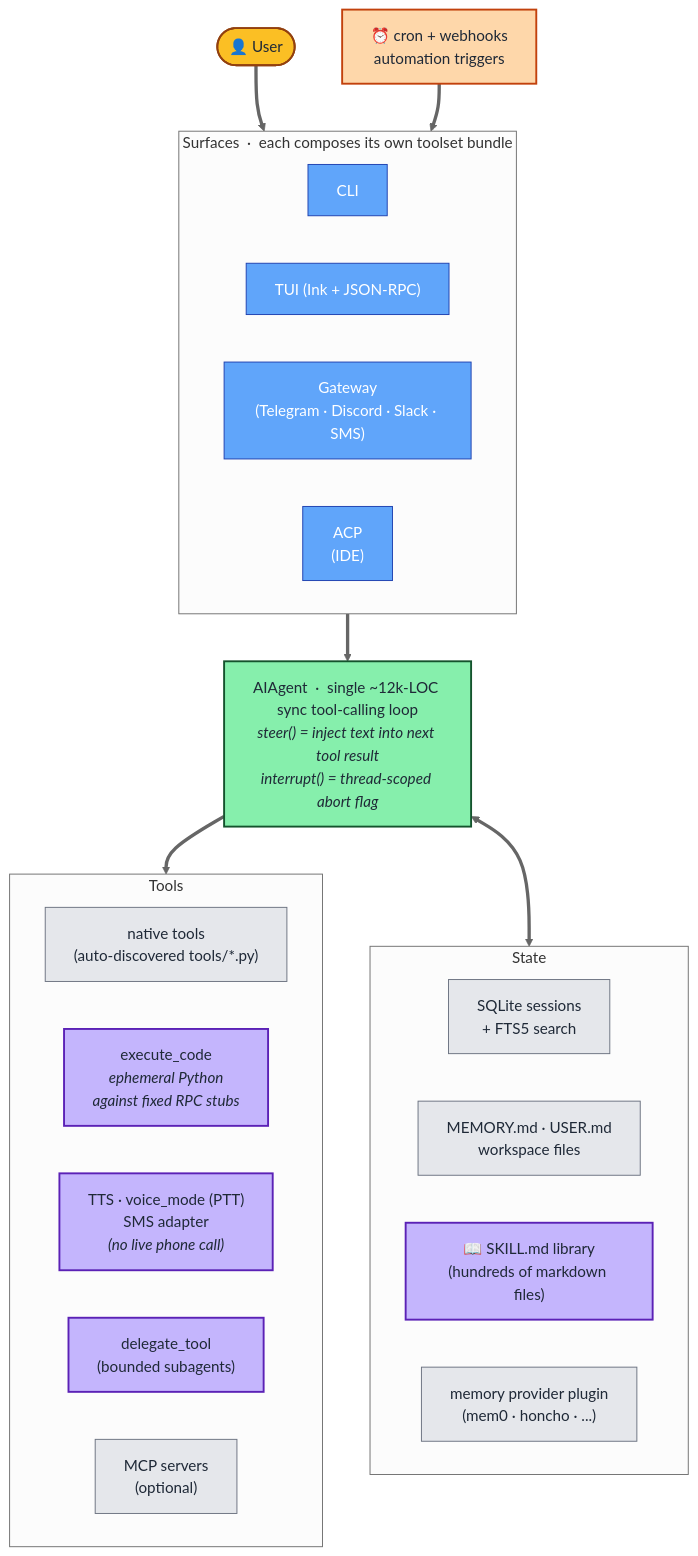
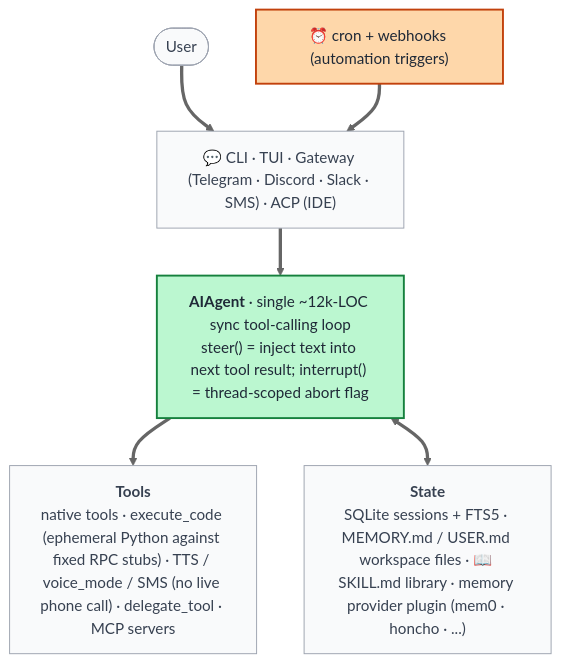
Before and after one commit to unifyai/unity: the fourth of 4 diagrams in README.md, drawn with Mermaid (neutral theme). The commit also changed other lines of this file, not shown here.

First line of the commit message:
docs(readme): compact + restyle architecture diagrams

````diff
--- a/README.md
+++ b/README.md
@@ -342,45 +278,19 @@
 ```mermaid
 flowchart TB
-    classDef userNode fill:#fbbf24,stroke:#92400e,stroke-width:2px,color:#1f2937
-    classDef mediumNode fill:#60a5fa,stroke:#1e40af,stroke-width:1px,color:#fff
-    classDef agentNode fill:#86efac,stroke:#14532d,stroke-width:2px,color:#1f2937
-    classDef pluginNode fill:#c4b5fd,stroke:#5b21b6,stroke-width:2px,color:#1f2937
-    classDef stateNode fill:#e5e7eb,stroke:#6b7280,stroke-width:1px,color:#1f2937
-    classDef triggerNode fill:#fed7aa,stroke:#c2410c,stroke-width:2px,color:#1f2937
+    classDef agent fill:#bbf7d0,stroke:#15803d,stroke-width:2px,color:#1f2937
+    classDef neutral fill:#f9fafb,stroke:#9ca3af,stroke-width:1px,color:#374151
+    classDef trigger fill:#fed7aa,stroke:#c2410c,stroke-width:2px,color:#1f2937
 
-    User(["👤 User"]):::userNode
-    Cron["⏰ cron + webhooks<br/>automation triggers"]:::triggerNode
-
-    subgraph Surfaces["Surfaces &nbsp;·&nbsp; each composes its own toolset bundle"]
-        direction LR
-        CLI["CLI"]:::mediumNode
-        TUI["TUI (Ink + JSON-RPC)"]:::mediumNode
-        Gw["Gateway<br/>(Telegram · Discord · Slack · SMS)"]:::mediumNode
-        ACP["ACP<br/>(IDE)"]:::mediumNode
-    end
-
-    AIAgent["AIAgent &nbsp;·&nbsp; single ~12k-LOC sync tool-calling loop<br/><i>steer() = inject text into next tool result</i><br/><i>interrupt() = thread-scoped abort flag</i>"]:::agentNode
-
-    subgraph Tools["Tools"]
-        direction LR
-        Native["native tools<br/>(auto-discovered tools/*.py)"]:::stateNode
-        ExecCode["execute_code<br/><i>ephemeral Python<br/>against fixed RPC stubs</i>"]:::pluginNode
-        Voice["TTS · voice_mode (PTT)<br/>SMS adapter<br/><i>(no live phone call)</i>"]:::pluginNode
-        Delegate["delegate_tool<br/>(bounded subagents)"]:::pluginNode
-        MCPH["MCP servers<br/>(optional)"]:::stateNode
-    end
-
-    subgraph State["State"]
-        direction LR
-        SQLite["SQLite sessions<br/>+ FTS5 search"]:::stateNode
-        Files["MEMORY.md · USER.md<br/>workspace files"]:::stateNode
-        SkillsLib["📖 SKILL.md library<br/>(hundreds of markdown files)"]:::pluginNode
-        MemProv["memory provider plugin<br/>(mem0 · honcho · ...)"]:::stateNode
-    end
+    User(["User"]):::neutral
+    Cron["⏰ cron + webhooks (automation triggers)"]:::trigger
+    Surfaces["💬 CLI · TUI · Gateway (Telegram · Discord · Slack · SMS) · ACP (IDE)"]:::neutral
+    AIAgent["<b>AIAgent</b> · single ~12k-LOC sync tool-calling loop<br/>steer() = inject text into next tool result; interrupt() = thread-scoped abort flag"]:::agent
+    Tools["<b>Tools</b><br/>native tools · execute_code (ephemeral Python against fixed RPC stubs) · TTS / voice_mode / SMS (no live phone call) · delegate_tool · MCP servers"]:::neutral
+    State["<b>State</b><br/>SQLite sessions + FTS5 · MEMORY.md / USER.md workspace files · 📖 SKILL.md library · memory provider plugin (mem0 · honcho · ...)"]:::neutral
 
     User ==> Surfaces
     Cron ==> Surfaces
     Surfaces ==> AIAgent
     AIAgent ==> Tools
     AIAgent <==> State
 ```
````
